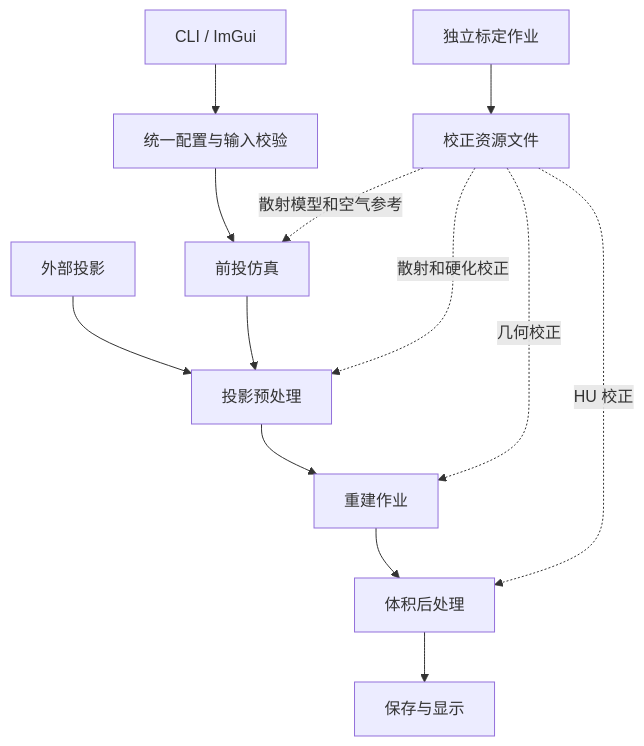
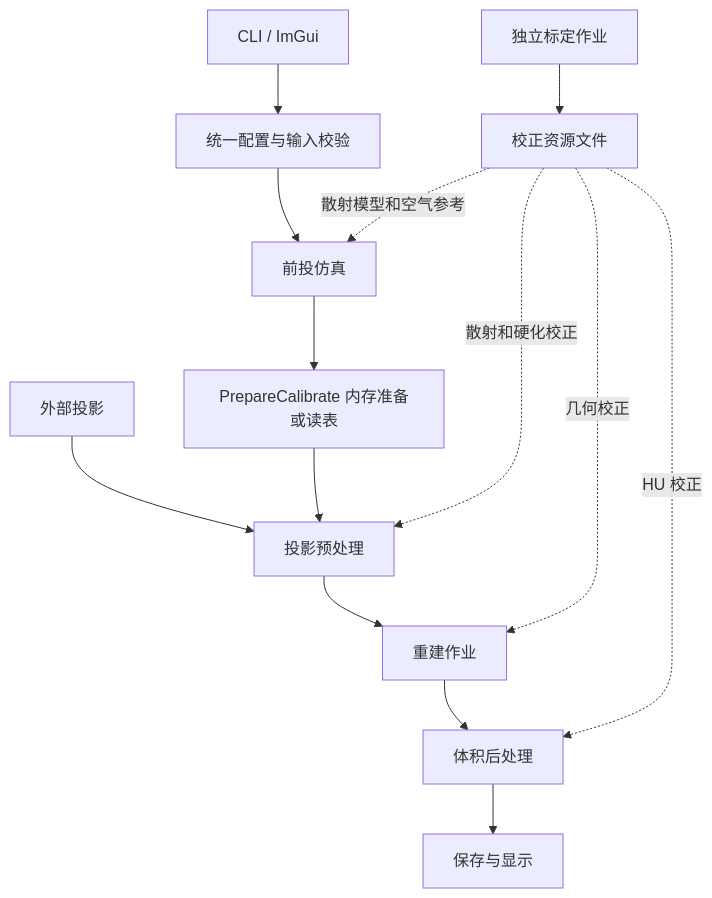
The first of 7 diagrams in example/multispectrum_sim/ARCHITECTURE.zh-CN.md (YuuKozlx/fdk_cuda_impl), drawn with Mermaid before and after one commit. The commit also changed other lines of this file and 10 other files, not shown here.

````diff
--- a/example/multispectrum_sim/ARCHITECTURE.zh-CN.md
+++ b/example/multispectrum_sim/ARCHITECTURE.zh-CN.md
@@ -51,15 +51,16 @@
 ```mermaid
 flowchart TB
     Client[CLI / ImGui] --> Config[统一配置与输入校验]
     Config --> FP[前投仿真]
     External[外部投影] --> Pre[投影预处理]
-    FP --> Pre
+    FP --> Prepare[PrepareCalibrate 内存准备或读表]
+    Prepare --> Pre
     Pre --> Recon[重建作业]
     Recon --> Post[体积后处理]
     Post --> Output[保存与显示]
     Calibration[独立标定作业] --> Tables[校正资源文件]
     Tables -.散射模型和空气参考.-> FP
     Tables -.散射和硬化校正.-> Pre
     Tables -.几何校正.-> Recon
     Tables -.HU 校正.-> Post
 ```
````
